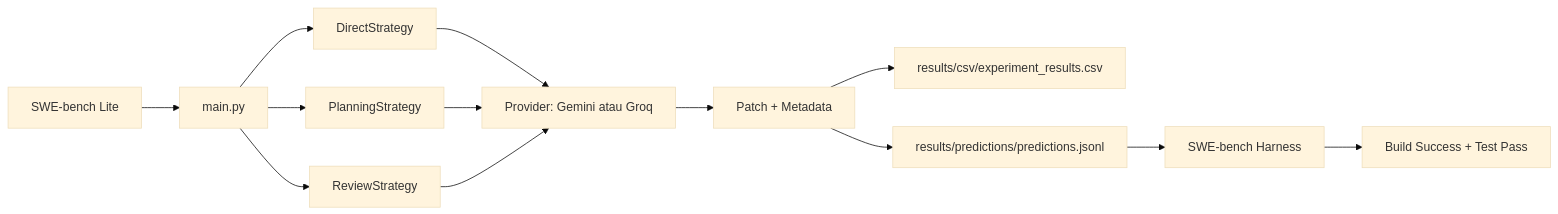
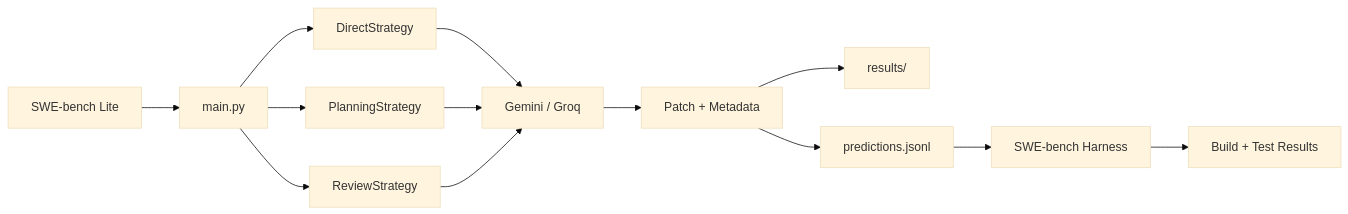
The diagram in README.md (agirahman/AgentBench-SE), drawn with Mermaid (base theme) before and after one commit. The commit also changed other lines of this file and 3 other files, not shown here.

````diff
--- a/README.md
+++ b/README.md
@@ -32,15 +43,15 @@
 ```mermaid
 flowchart LR
     A[SWE-bench Lite] --> B[main.py]
     B --> C1[DirectStrategy]
     B --> C2[PlanningStrategy]
     B --> C3[ReviewStrategy]
-    C1 --> P[Provider: Gemini atau Groq]
+    C1 --> P[Gemini / Groq]
     C2 --> P
     C3 --> P
     P --> D[Patch + Metadata]
-    D --> E[results/csv/experiment_results.csv]
-    D --> F[results/predictions/predictions.jsonl]
+    D --> E[results/]
+    D --> F[predictions.jsonl]
     F --> G[SWE-bench Harness]
-    G --> H[Build Success + Test Pass]
+    G --> H[Build + Test Results]
 ```
````
